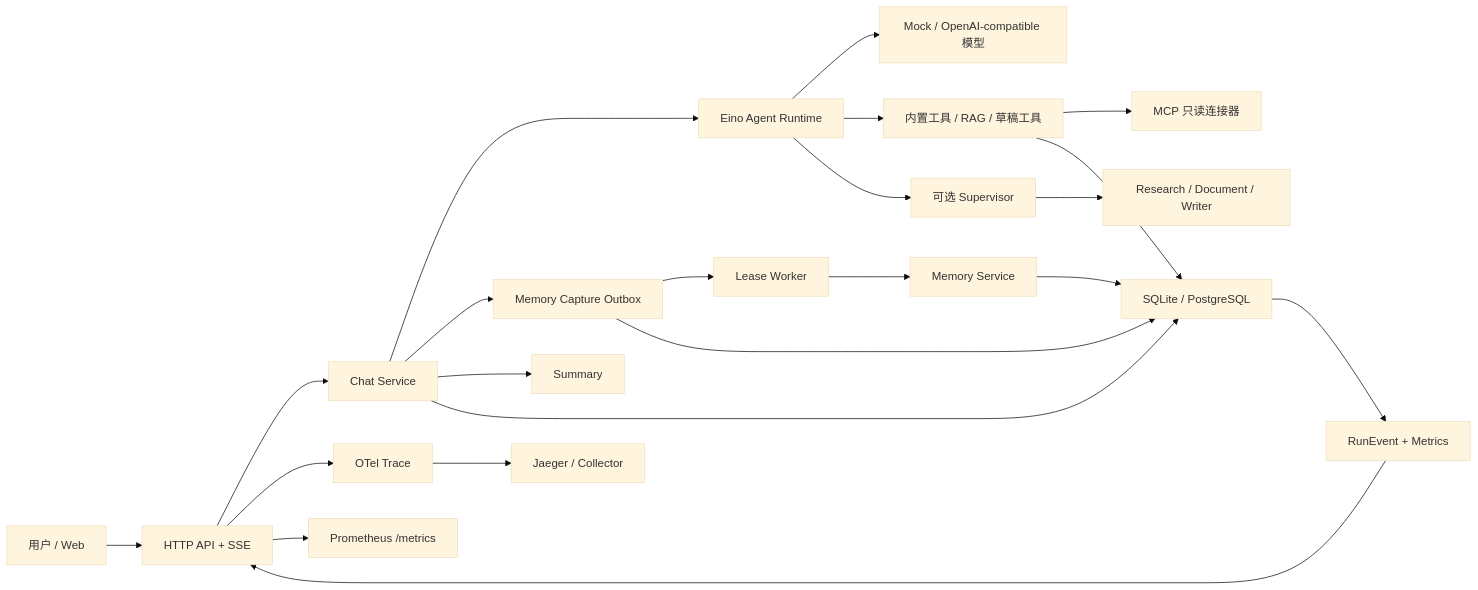
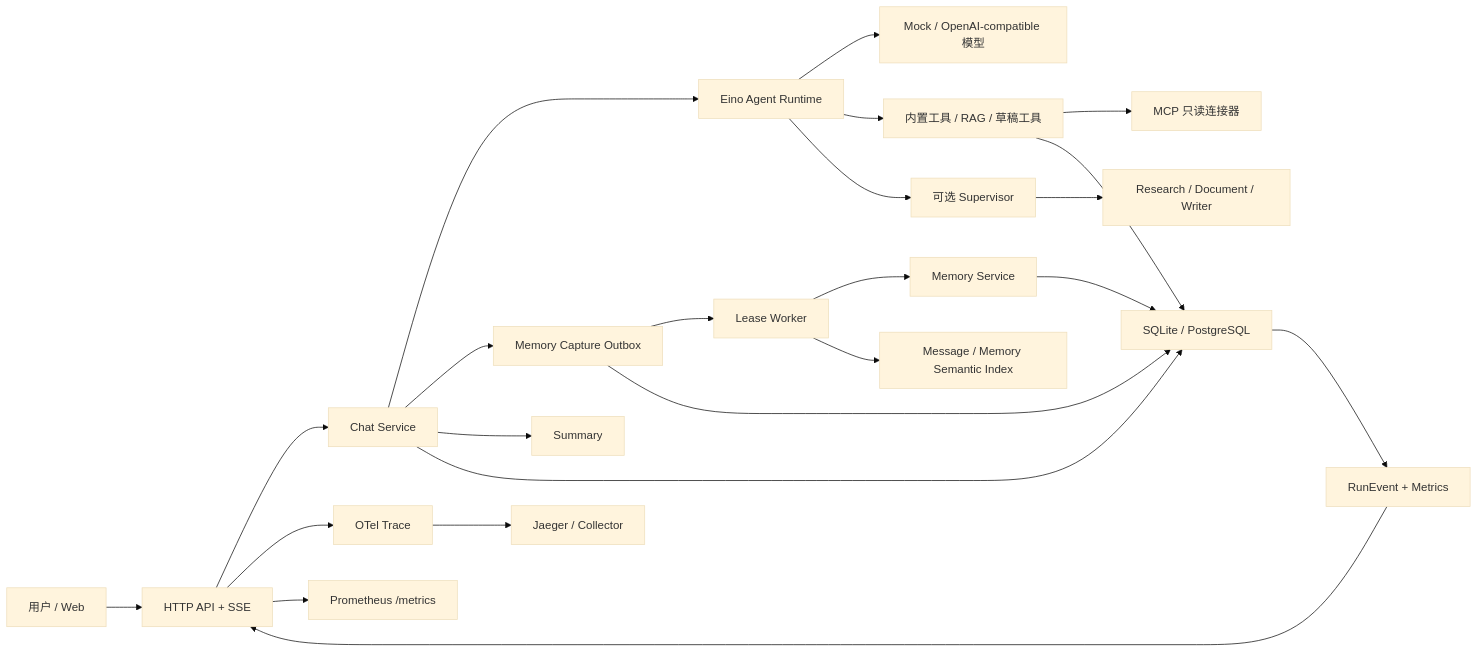
One commit to zora-DD/zora changed the first of 2 diagrams in README.md. Above: the diagram before and after it, drawn with Mermaid (base theme). The commit also changed other lines of this file and 34 other files, not shown here.

````diff
--- a/README.md
+++ b/README.md
@@ -43,24 +43,25 @@
 ```mermaid
 flowchart LR
     User["用户 / Web"] --> API["HTTP API + SSE"]
     API --> Chat["Chat Service"]
     Chat --> Runtime["Eino Agent Runtime"]
     Runtime --> Model["Mock / OpenAI-compatible 模型"]
     Runtime --> Tools["内置工具 / RAG / 草稿工具"]
     Runtime --> Supervisor["可选 Supervisor"]
     Supervisor --> Specialists["Research / Document / Writer"]
     Tools --> MCP["MCP 只读连接器"]
     Chat --> Outbox["Memory Capture Outbox"]
     Outbox --> Worker["Lease Worker"]
     Worker --> Memory["Memory Service"]
+    Worker --> Semantic["Message / Memory Semantic Index"]
     Chat --> Summary["Summary"]
     Chat --> Store["SQLite / PostgreSQL"]
     Memory --> Store
     Outbox --> Store
     Tools --> Store
     Store --> Metrics["RunEvent + Metrics"]
     Metrics --> API
     API --> OTel["OTel Trace"]
     OTel --> Jaeger["Jaeger / Collector"]
     API --> Prom["Prometheus /metrics"]
 ```
````
